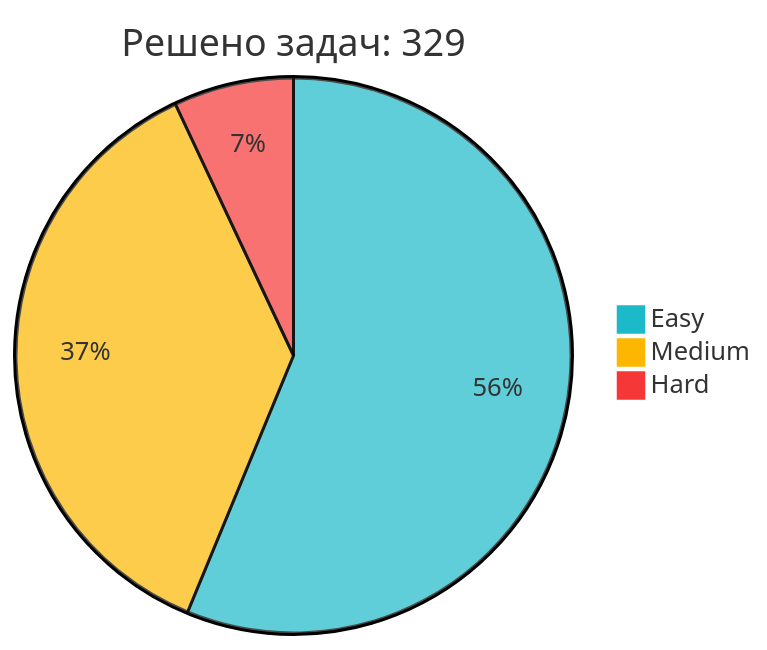
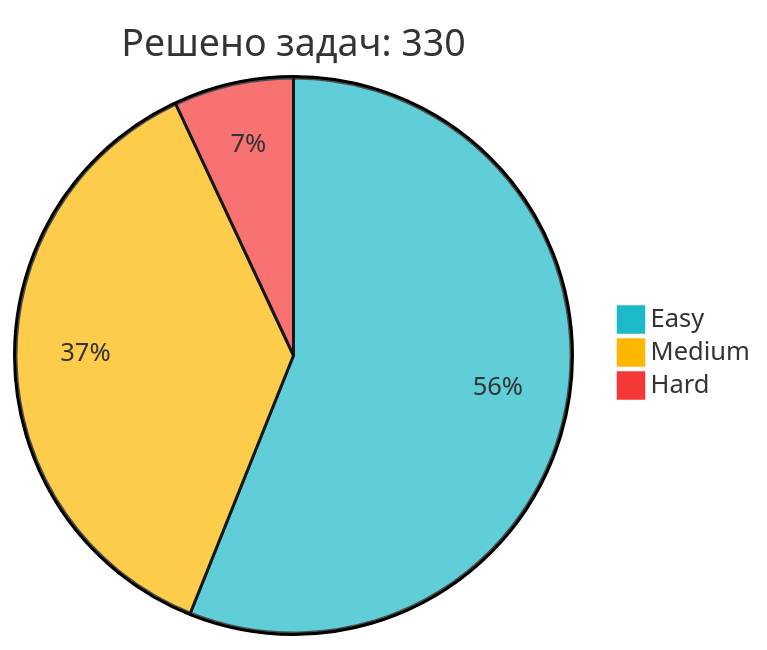
One commit to IliaKurdukov/IliaKurdukov changed the diagram in README.md. Above: the diagram before and after it, drawn with Mermaid. The commit also changed other lines of this file, not shown here.

Commit message:
📈 Обновление статистики LeetCode

````diff
--- a/README.md
+++ b/README.md
@@ -51,7 +51,7 @@
 ```mermaid
 %%{init: {'theme': 'base', 'themeVariables': { 'pie1': '#1CBAC8', 'pie2': '#FEB700', 'pie3': '#F63737' }, 'config': {'width': 300, 'height': 200}}}%%
-pie title Решено задач: 329
+pie title Решено задач: 330
    "Easy" : 185
-   "Medium" : 121
+   "Medium" : 122
    "Hard" : 23
 ```
````
